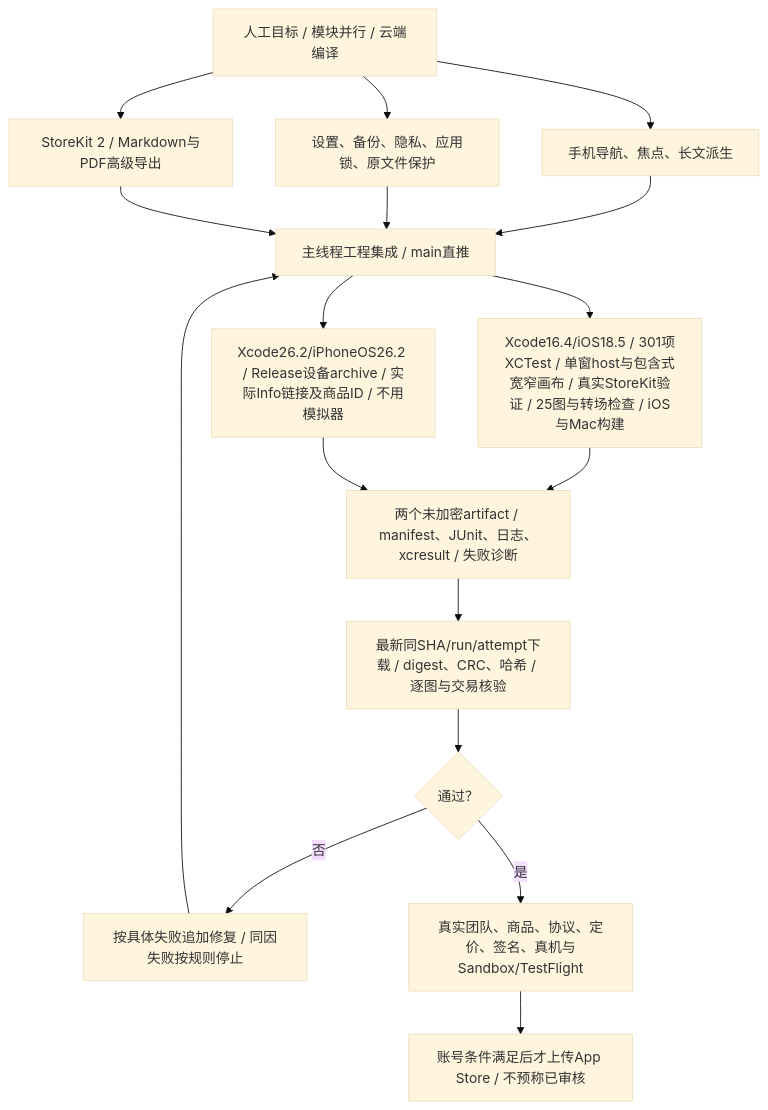
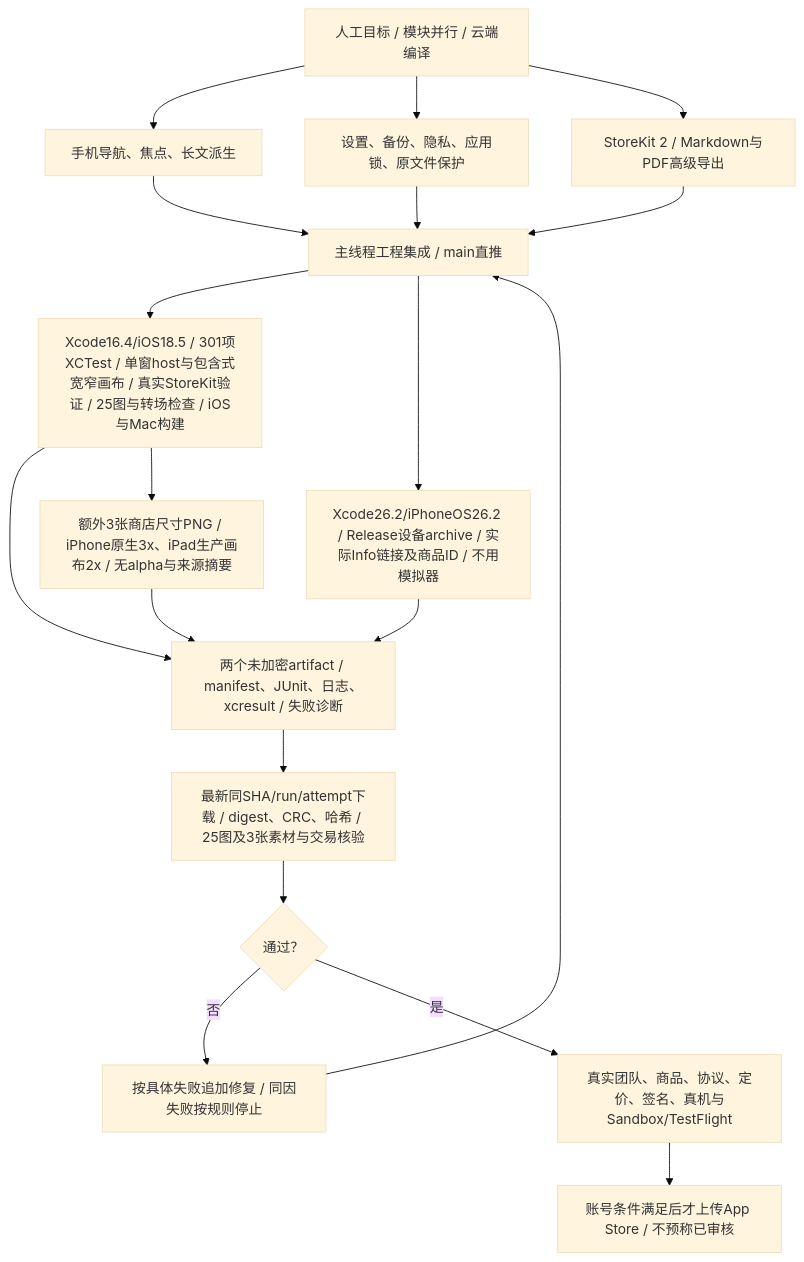
One commit to Altman-sam114/117 changed the fourth of 4 diagrams in md/flow/flowchart.md. Above: the diagram before and after it, drawn with Mermaid (base theme). The commit also changed other lines of this file and 10 other files, not shown here.

````diff
--- a/md/flow/flowchart.md
+++ b/md/flow/flowchart.md
@@ -65,19 +65,21 @@
 ```mermaid
 flowchart TD
   User["人工目标 / 模块并行 / 云端编译"] --> Mobile["手机导航、焦点、长文派生"]
   User --> Safety["设置、备份、隐私、应用锁、原文件保护"]
   User --> Pro["StoreKit 2 / Markdown与PDF高级导出"]
   Mobile --> Integrate["主线程工程集成 / main直推"]
   Safety --> Integrate
   Pro --> Integrate
   Integrate --> Regression["Xcode16.4/iOS18.5 / 301项XCTest / 单窗host与包含式宽窄画布 / 真实StoreKit验证 / 25图与转场检查 / iOS与Mac构建"]
   Integrate --> Archive["Xcode26.2/iPhoneOS26.2 / Release设备archive / 实际Info链接及商品ID / 不用模拟器"]
   Regression --> Results["两个未加密artifact / manifest、JUnit、日志、xcresult / 失败诊断"]
   Archive --> Results
-  Results --> Review["最新同SHA/run/attempt下载 / digest、CRC、哈希 / 逐图与交易核验"]
+  Regression --> StoreImages["额外3张商店尺寸PNG / iPhone原生3x、iPad生产画布2x / 无alpha与来源摘要"]
+  StoreImages --> Results
+  Results --> Review["最新同SHA/run/attempt下载 / digest、CRC、哈希 / 25图及3张素材与交易核验"]
   Review --> Gate{"通过？"}
   Gate -- "否" --> Fix["按具体失败追加修复 / 同因失败按规则停止"]
   Fix --> Integrate
   Gate -- "是" --> Account["真实团队、商品、协议、定价、签名、真机与Sandbox/TestFlight"]
   Account --> Upload["账号条件满足后才上传App Store / 不预称已审核"]
 ```
````
